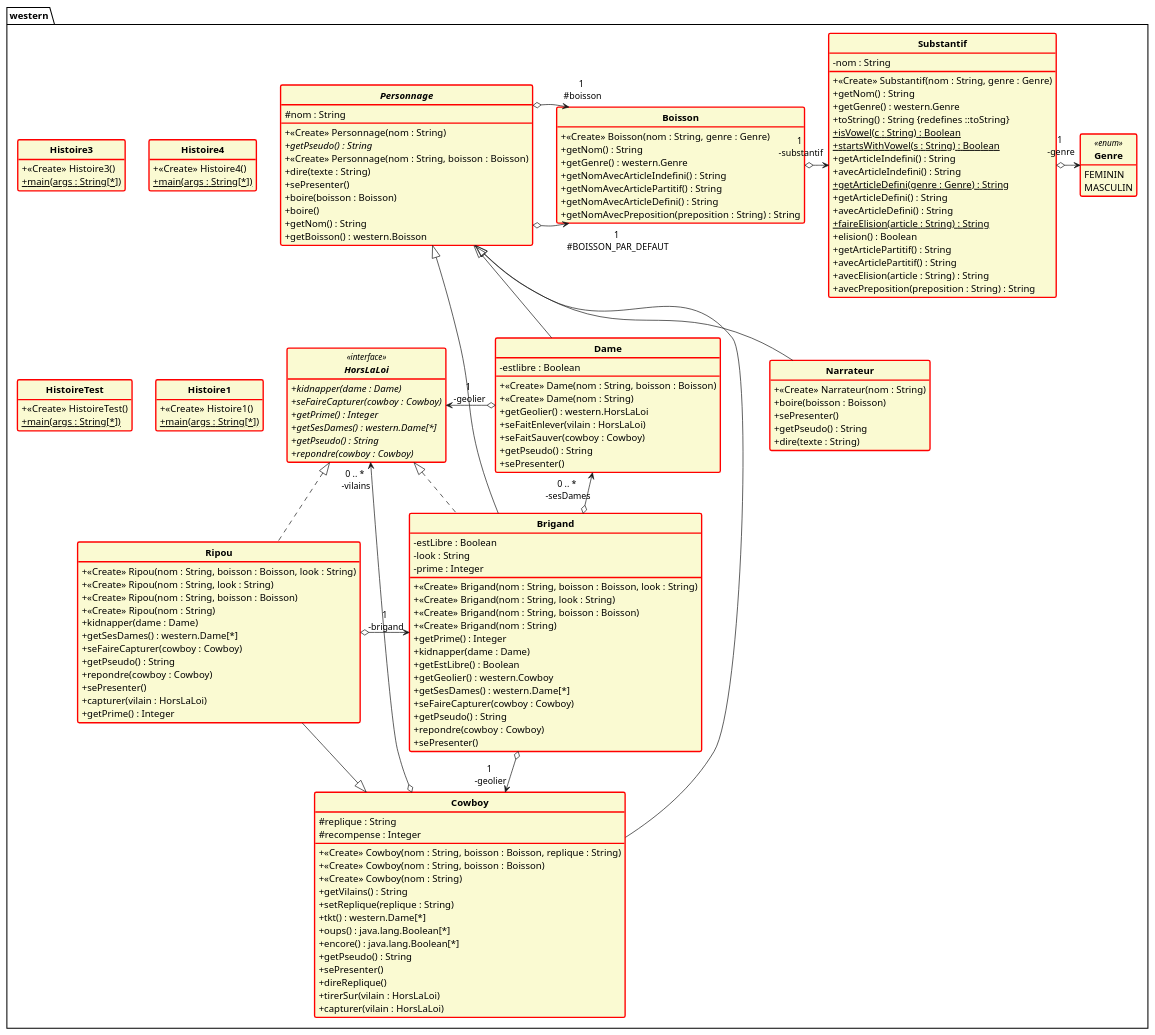
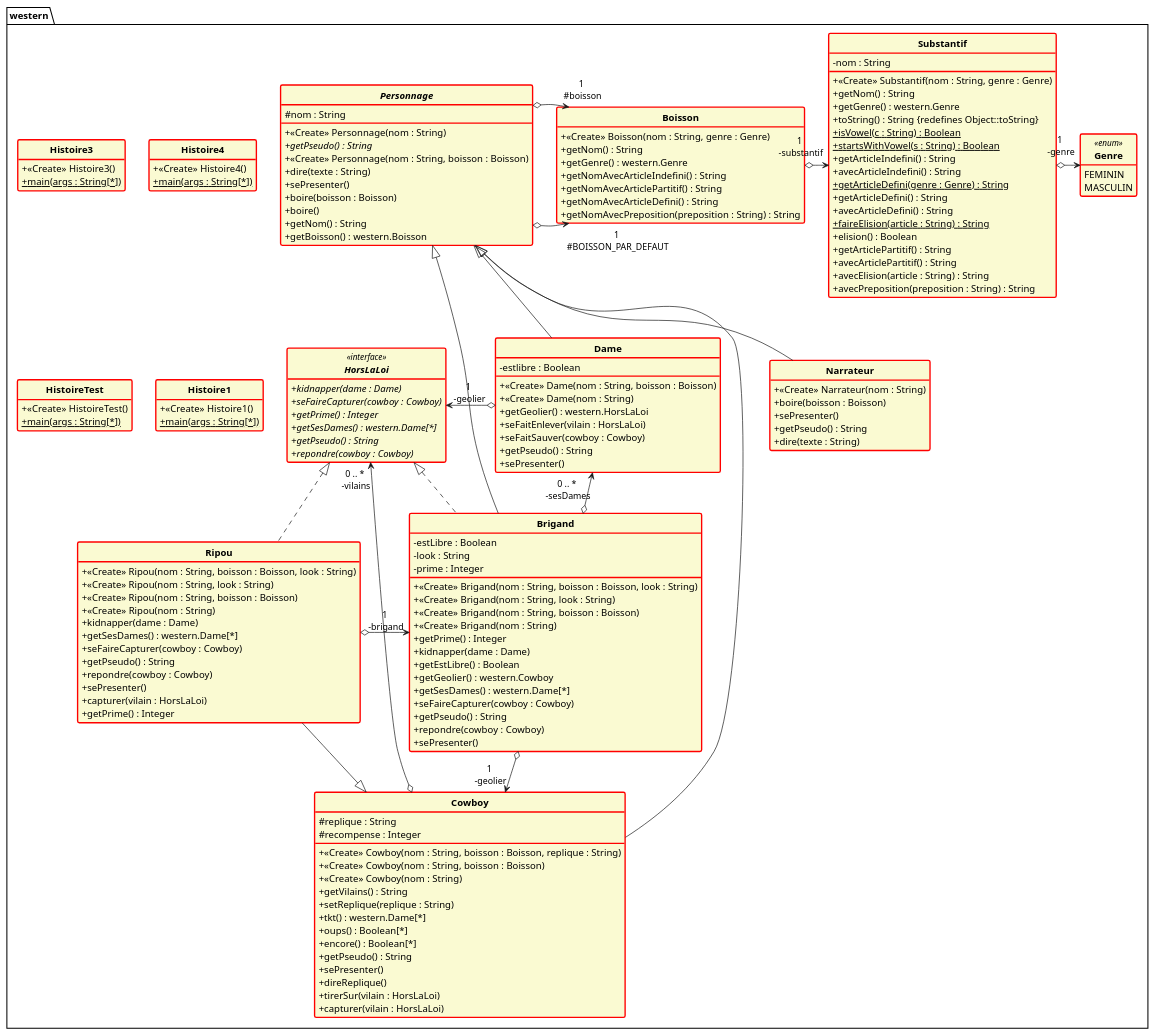
The diagram in exemples/western.puml (DamienJUNG/GenerateurPuml), drawn with PlantUML before and after one commit. The commit also changed 21 other files, not shown here.

```diff
--- a/exemples/western.puml
+++ b/exemples/western.puml
@@ -1,199 +1,199 @@
 @startuml
 
 'Code généré automatiquement ;>
 skinparam style strictuml
 hide empty members
 skinparam classAttributeIconSize 0
 skinparam classFontStyle Bold
 skinparam classbackgroundColor LightGoldenRodYellow
 skinparam classbordercolor red
 skinparam classattribute none
 skinparam classborderthickness 2
 
 
-interface western.HorsLaLoi <<interface>> {
+interface western.HorsLaLoi <<interface>>  {
 	+ kidnapper(dame : Dame) {abstract}
 	+ seFaireCapturer(cowboy : Cowboy) {abstract}
 	+ getPrime() : Integer {abstract}
 	+ getSesDames() : western.Dame[*] {abstract}
 	+ getPseudo() : String {abstract}
 	+ repondre(cowboy : Cowboy) {abstract}
 }
 
 class western.Dame extends western.Personnage {
 	- estlibre : Boolean 
 
 	+ <<Create>> Dame(nom : String, boisson : Boisson)
 	+ <<Create>> Dame(nom : String)
 	+ getGeolier() : western.HorsLaLoi
 	+ seFaitEnlever(vilain : HorsLaLoi)
 	+ seFaitSauver(cowboy : Cowboy)
 	+ getPseudo() : String
 	+ sePresenter()
 }
 	Dame o-> "1\n -geolier" western.HorsLaLoi
 
 
 abstract class western.Personnage {
 	# nom : String 
 
 	+ <<Create>> Personnage(nom : String)
 	+ getPseudo() : String {abstract}
 	+ <<Create>> Personnage(nom : String, boisson : Boisson)
 	+ dire(texte : String)
 	+ sePresenter()
 	+ boire(boisson : Boisson)
 	+ boire()
 	+ getNom() : String
 	+ getBoisson() : western.Boisson
 }
 	Personnage o-> "1\n #BOISSON_PAR_DEFAUT" western.Boisson
 	Personnage o-> "1\n #boisson" western.Boisson
 
 
 class western.Cowboy extends western.Personnage {
 	# replique : String 
 	# recompense : Integer 
 
 	+ <<Create>> Cowboy(nom : String, boisson : Boisson, replique : String)
 	+ <<Create>> Cowboy(nom : String, boisson : Boisson)
 	+ <<Create>> Cowboy(nom : String)
 	+ getVilains() : String
 	+ setReplique(replique : String)
 	+ tkt() : western.Dame[*]
-	+ oups() : java.lang.Boolean[*]
-	+ encore() : java.lang.Boolean[*]
+	+ oups() : Boolean[*]
+	+ encore() : Boolean[*]
 	+ getPseudo() : String
 	+ sePresenter()
 	+ direReplique()
 	+ tirerSur(vilain : HorsLaLoi)
 	+ capturer(vilain : HorsLaLoi)
 }
 	Cowboy o-> "0 .. *\n -vilains" western.HorsLaLoi
 
 
 class western.Boisson {
 
 	+ <<Create>> Boisson(nom : String, genre : Genre)
 	+ getNom() : String
 	+ getGenre() : western.Genre
 	+ getNomAvecArticleIndefini() : String
 	+ getNomAvecArticlePartitif() : String
 	+ getNomAvecArticleDefini() : String
 	+ getNomAvecPreposition(preposition : String) : String
 }
 	Boisson o-> "1\n -substantif" western.Substantif
 
 
 enum western.Genre <<enum>> {
 	FEMININ
 	MASCULIN
 
 
 }
 class western.Substantif {
 	- nom : String 
 
 	+ <<Create>> Substantif(nom : String, genre : Genre)
 	+ getNom() : String
 	+ getGenre() : western.Genre
-	+ toString() : String {redefines ::toString}
+	+ toString() : String {redefines Object::toString}
 	+ isVowel(c : String) : Boolean {static}
 	+ startsWithVowel(s : String) : Boolean {static}
 	+ getArticleIndefini() : String
 	+ avecArticleIndefini() : String
 	+ getArticleDefini(genre : Genre) : String {static}
 	+ getArticleDefini() : String
 	+ avecArticleDefini() : String
 	+ faireElision(article : String) : String {static}
 	+ elision() : Boolean
 	+ getArticlePartitif() : String
 	+ avecArticlePartitif() : String
 	+ avecElision(article : String) : String
 	+ avecPreposition(preposition : String) : String
 }
 	Substantif o-> "1\n -genre" western.Genre
 
 
 class western.Histoire3 {
 
 	+ <<Create>> Histoire3()
 	+ main(args : String[*]) {static}
 }
 
 
 class western.Histoire4 {
 
 	+ <<Create>> Histoire4()
 	+ main(args : String[*]) {static}
 }
 
 
 class western.HistoireTest {
 
 	+ <<Create>> HistoireTest()
 	+ main(args : String[*]) {static}
 }
 
 
 class western.Narrateur extends western.Personnage {
 
 	+ <<Create>> Narrateur(nom : String)
 	+ boire(boisson : Boisson)
 	+ sePresenter()
 	+ getPseudo() : String
 	+ dire(texte : String)
 }
 
 
 class western.Ripou extends western.Cowboy implements western.HorsLaLoi {
 
 	+ <<Create>> Ripou(nom : String, boisson : Boisson, look : String)
 	+ <<Create>> Ripou(nom : String, look : String)
 	+ <<Create>> Ripou(nom : String, boisson : Boisson)
 	+ <<Create>> Ripou(nom : String)
 	+ kidnapper(dame : Dame)
 	+ getSesDames() : western.Dame[*]
 	+ seFaireCapturer(cowboy : Cowboy)
 	+ getPseudo() : String
 	+ repondre(cowboy : Cowboy)
 	+ sePresenter()
 	+ capturer(vilain : HorsLaLoi)
 	+ getPrime() : Integer
 }
 	Ripou o-> "1\n -brigand" western.Brigand
 
 
 class western.Brigand extends western.Personnage implements western.HorsLaLoi {
 	- estLibre : Boolean 
 	- look : String 
 	- prime : Integer 
 
 	+ <<Create>> Brigand(nom : String, boisson : Boisson, look : String)
 	+ <<Create>> Brigand(nom : String, look : String)
 	+ <<Create>> Brigand(nom : String, boisson : Boisson)
 	+ <<Create>> Brigand(nom : String)
 	+ getPrime() : Integer
 	+ kidnapper(dame : Dame)
 	+ getEstLibre() : Boolean
 	+ getGeolier() : western.Cowboy
 	+ getSesDames() : western.Dame[*]
 	+ seFaireCapturer(cowboy : Cowboy)
 	+ getPseudo() : String
 	+ repondre(cowboy : Cowboy)
 	+ sePresenter()
 }
 	Brigand o-> "1\n -geolier" western.Cowboy
 	Brigand o-> "0 .. *\n -sesDames" western.Dame
 
 
 class western.Histoire1 {
 
 	+ <<Create>> Histoire1()
 	+ main(args : String[*]) {static}
 }
 
 
 
 
 @enduml
```
